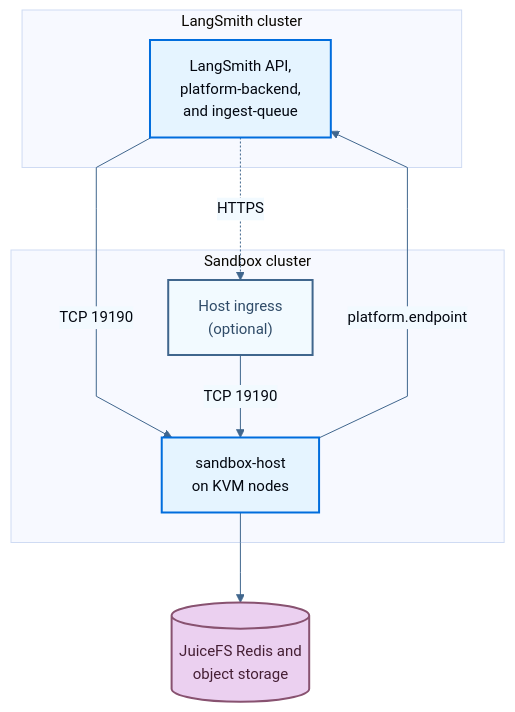
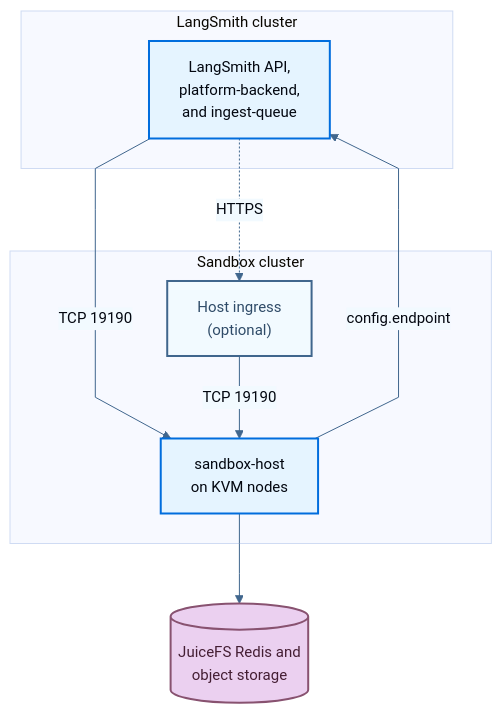
One commit to langchain-ai/docs changed the diagram in src/langsmith/self-host-sandbox-separate-cluster.mdx. Above: the diagram before and after it, drawn with Mermaid. The commit also changed other lines of this file and 2 other files, not shown here.

First line of the commit message:
docs(langsmith): use the runtime chart's renamed values keys

````diff
--- a/src/langsmith/self-host-sandbox-separate-cluster.mdx
+++ b/src/langsmith/self-host-sandbox-separate-cluster.mdx
@@ -38,25 +38,25 @@
 ```mermaid
 %%{init: {'theme': 'base', 'themeVariables': {'fontFamily': 'TWK Lausanne, Inter', 'fontSize': '15px', 'lineColor': '#40668D', 'primaryTextColor': '#030710', 'textColor': '#030710', 'edgeLabelBackground': '#F2FAFF'}, 'flowchart': {'nodeSpacing': 50, 'rankSpacing': 60, 'curve': 'linear'}}}%%
 flowchart TB
     accTitle: Separate sandbox cluster topology
-    accDescr: The LangSmith cluster reaches sandbox-host in the sandbox cluster on TCP port 19190, directly or through an optional host ingress. sandbox-host calls the LangSmith API at platform.endpoint and stores sandbox data in JuiceFS.
+    accDescr: The LangSmith cluster reaches sandbox-host in the sandbox cluster on TCP port 19190, directly or through an optional host ingress. sandbox-host calls the LangSmith API at config.endpoint and stores sandbox data in JuiceFS.
     subgraph LS["LangSmith cluster"]
         CP["LangSmith API,<br/>platform-backend,<br/>and ingest-queue"]
     end
     subgraph SC["Sandbox cluster"]
         ING["Host ingress<br/>(optional)"]
         SH["sandbox-host<br/>on KVM nodes"]
     end
     ST[("JuiceFS Redis and<br/>object storage")]
     CP -->|"TCP 19190"| SH
     CP -.->|"HTTPS"| ING
     ING -->|"TCP 19190"| SH
-    SH -->|"platform.endpoint"| CP
+    SH -->|"config.endpoint"| CP
     SH --> ST
     classDef process fill:#E5F4FF,stroke:#006DDD,stroke-width:2px,color:#030710
     classDef neutral fill:#F2FAFF,stroke:#40668D,stroke-width:2px,color:#2F4B68
     classDef output fill:#EBD0F0,stroke:#885270,stroke-width:2px,color:#441E33
     class CP,SH process
     class ING neutral
     class ST output
 ```
````
